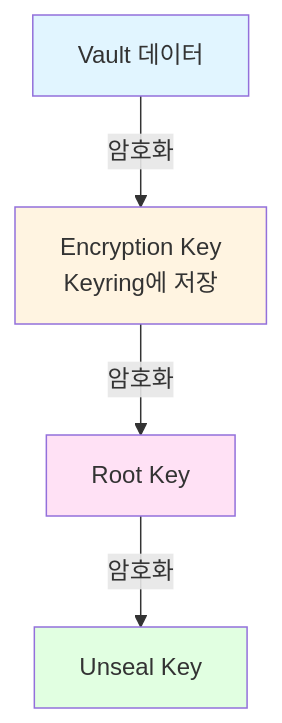
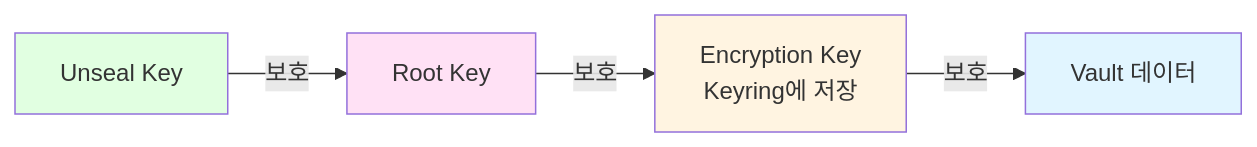
The first of 3 diagrams in docs/04-HashiCorp/06-Vault/01-Information/vault-seal-unseal.md (docmoa/docs), drawn with Mermaid before and after one commit. The commit also changed other lines of this file, not shown here.

````diff
--- a/docs/04-HashiCorp/06-Vault/01-Information/vault-seal-unseal.md
+++ b/docs/04-HashiCorp/06-Vault/01-Information/vault-seal-unseal.md
@@ -16,11 +16,11 @@
 ```mermaid
-flowchart TD
-    A[Vault 데이터] -->|암호화| B[Encryption Key<br/>Keyring에 저장]
-    B -->|암호화| C[Root Key]
-    C -->|암호화| D[Unseal Key]
+flowchart LR
+    D[Unseal Key] -->|보호| C[Root Key]
+    C -->|보호| B[Encryption Key<br/>Keyring에 저장]
+    B -->|보호| A[Vault 데이터]
     
     style A fill:#e1f5ff
     style B fill:#fff4e1
     style C fill:#ffe1f5
     style D fill:#e1ffe1
 ```
````
